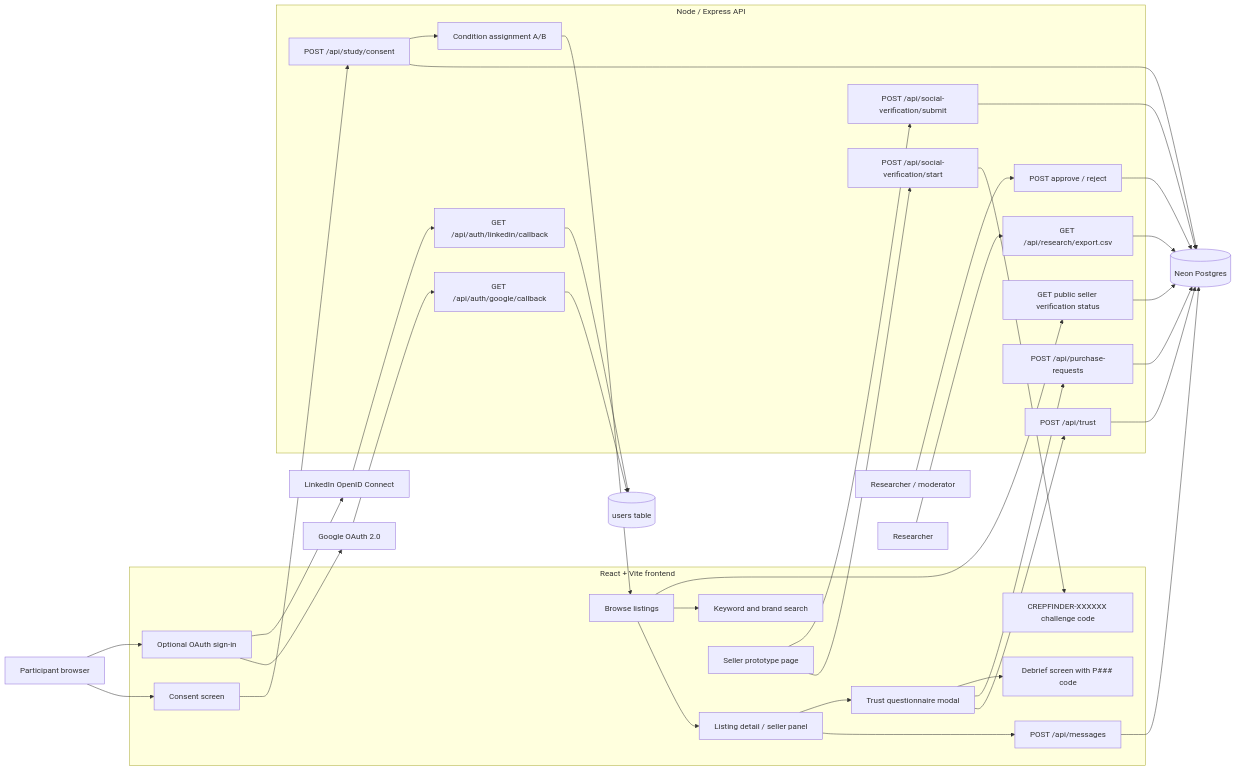
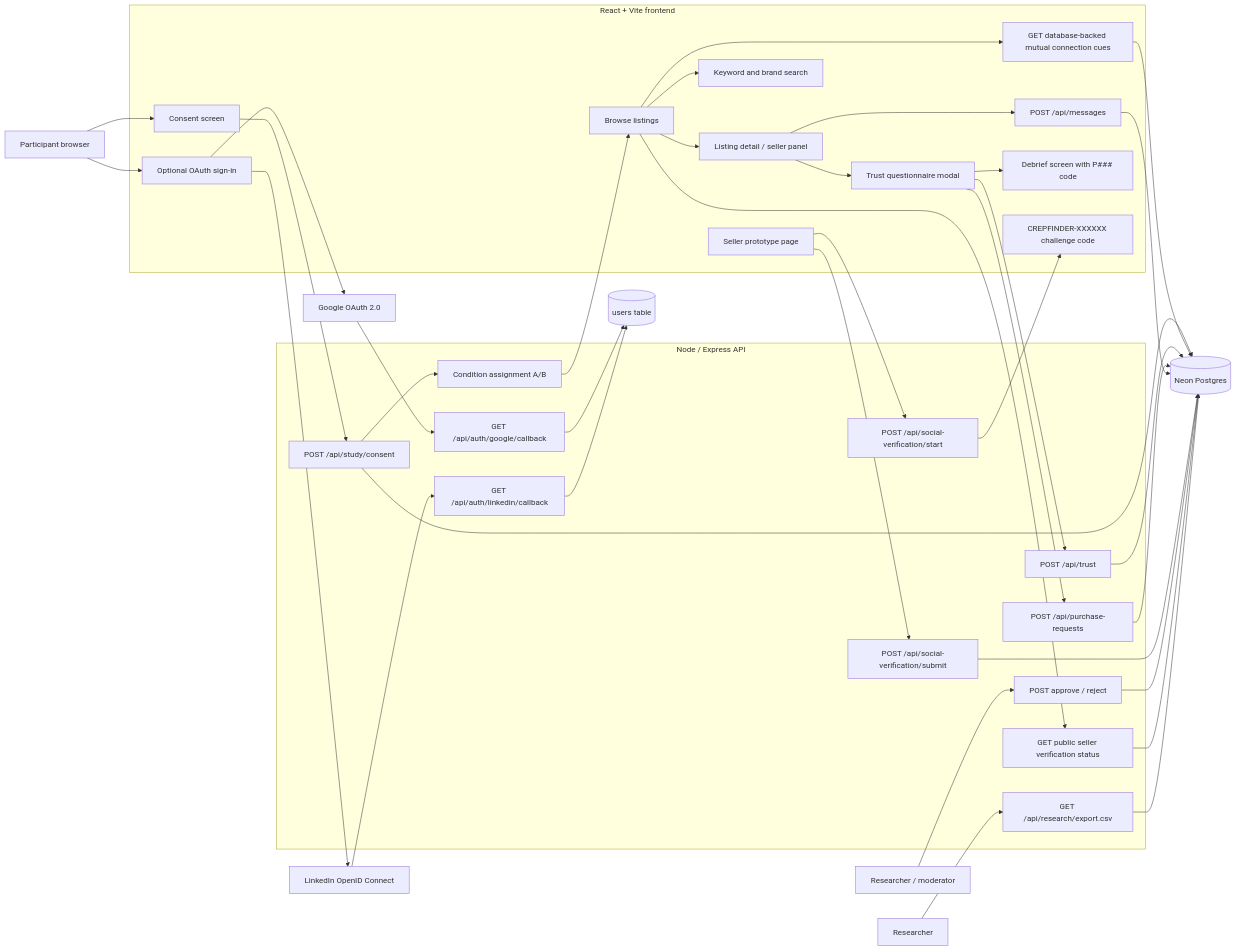
Before and after one commit to toksadekoya/crepfinder: the diagram in docs/architecture.md, drawn with Mermaid. The commit also changed other lines of this file and 12 other files, not shown here.

Commit message:
feat(database): persist mutual connection cues

````diff
--- a/docs/architecture.md
+++ b/docs/architecture.md
@@ -3,63 +3,67 @@
 ```mermaid
 flowchart LR
   P["Participant browser"] --> C["Consent screen"]
   P --> OAuthStart["Optional OAuth sign-in"]
   OAuthStart --> Google["Google OAuth 2.0"]
   OAuthStart --> LinkedIn["LinkedIn OpenID Connect"]
   Google --> OAuthCallback["GET /api/auth/google/callback"]
   LinkedIn --> LinkedInCallback["GET /api/auth/linkedin/callback"]
   OAuthCallback --> U[("users table")]
   LinkedInCallback --> U
   C --> S["POST /api/study/consent"]
   S --> PG[("Neon Postgres")]
   S --> A["Condition assignment A/B"]
   A --> B["Browse listings"]
   B --> D["Listing detail / seller panel"]
   B --> Search["Keyword and brand search"]
+  B --> MC["GET database-backed mutual connection cues"]
+  MC --> PG
   D --> Msg["POST /api/messages"]
   D --> T["Trust questionnaire modal"]
   T --> Q["POST /api/trust"]
   T --> PR["POST /api/purchase-requests"]
   Q --> PG
   PR --> PG
   Msg --> PG
   T --> R["Debrief screen with P### code"]
   Seller["Seller prototype page"] --> SVS["POST /api/social-verification/start"]
   SVS --> Code["CREPFINDER-XXXXXX challenge code"]
   Seller --> SVU["POST /api/social-verification/submit"]
   SVU --> PG
   Moderator["Researcher / moderator"] --> SVA["POST approve / reject"]
   SVA --> PG
   B --> SVG["GET public seller verification status"]
   SVG --> PG
 
   subgraph Frontend["React + Vite frontend"]
     C
     OAuthStart
     B
     Search
+    MC
     D
     Msg
     T
     R
     Seller
     Code
   end
 
   subgraph Backend["Node / Express API"]
     S
     OAuthCallback
     LinkedInCallback
     A
+    MC
     Q
     PR
     E["GET /api/research/export.csv"]
     SVS
     SVU
     SVA
     SVG
   end
 
   E --> PG
   Researcher["Researcher"] --> E
 ```
````
